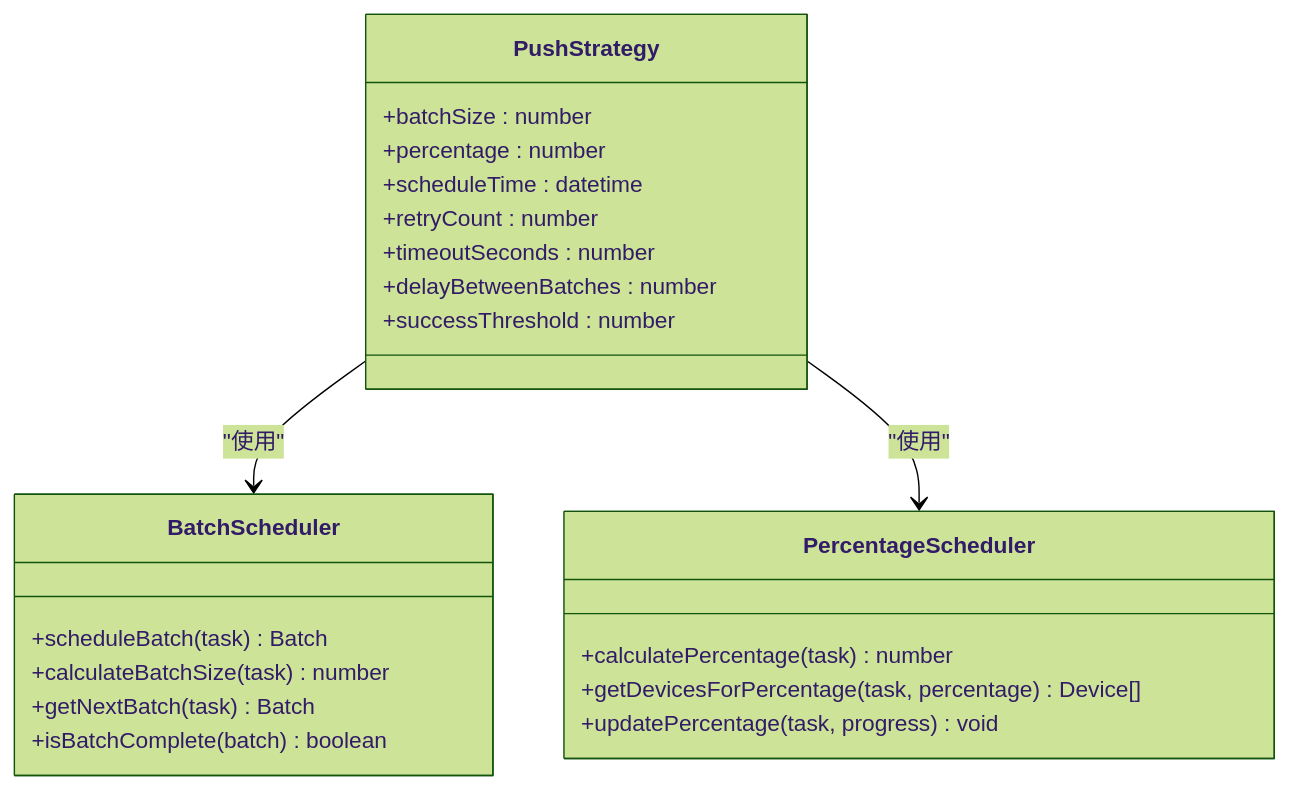
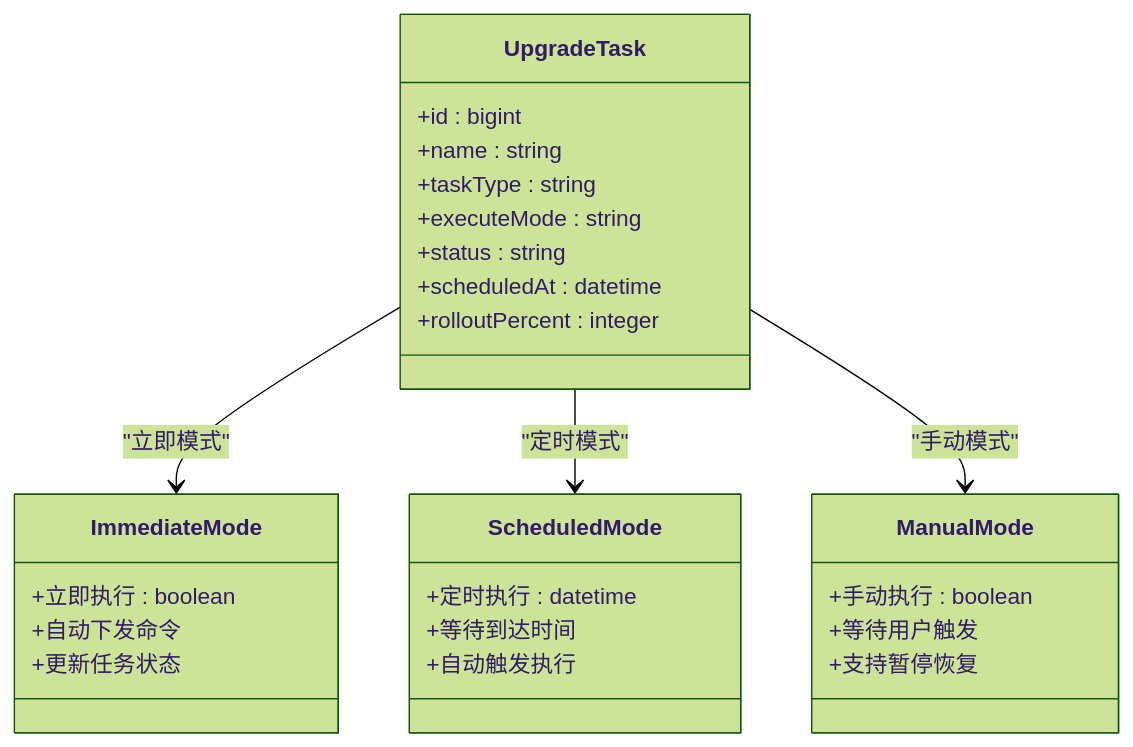
One commit to mcmrzy/cs_inv_monitor-develop changed the seventh of 18 diagrams in .qoder/repowiki/zh/content/OTA升级系统/OTA任务调度/OTA任务调度.md. Above: the diagram before and after it, drawn with Mermaid (forest theme). The commit also changed other lines of this file and 128 other files, not shown here.

````diff
--- a/.qoder/repowiki/zh/content/OTA升级系统/OTA任务调度/OTA任务调度.md
+++ b/.qoder/repowiki/zh/content/OTA升级系统/OTA任务调度/OTA任务调度.md
@@ -319,25 +404,30 @@
 ```mermaid
 classDiagram
-class PushStrategy {
-+batchSize : number
-+percentage : number
-+scheduleTime : datetime
-+retryCount : number
-+timeoutSeconds : number
-+delayBetweenBatches : number
-+successThreshold : number
+class UpgradeTask {
++id : bigint
++name : string
++taskType : string
++executeMode : string
++status : string
++scheduledAt : datetime
++rolloutPercent : integer
 }
-class BatchScheduler {
-+scheduleBatch(task) Batch
-+calculateBatchSize(task) number
-+getNextBatch(task) Batch
-+isBatchComplete(batch) boolean
+class ImmediateMode {
++立即执行 : boolean
++自动下发命令
++更新任务状态
 }
-class PercentageScheduler {
-+calculatePercentage(task) number
-+getDevicesForPercentage(task, percentage) Device[]
-+updatePercentage(task, progress) void
+class ScheduledMode {
++定时执行 : datetime
++等待到达时间
++自动触发执行
 }
-PushStrategy --> BatchScheduler : "使用"
-PushStrategy --> PercentageScheduler : "使用"
+class ManualMode {
++手动执行 : boolean
++等待用户触发
++支持暂停恢复
+}
+UpgradeTask --> ImmediateMode : "立即模式"
+UpgradeTask --> ScheduledMode : "定时模式"
+UpgradeTask --> ManualMode : "手动模式"
 ```
````
